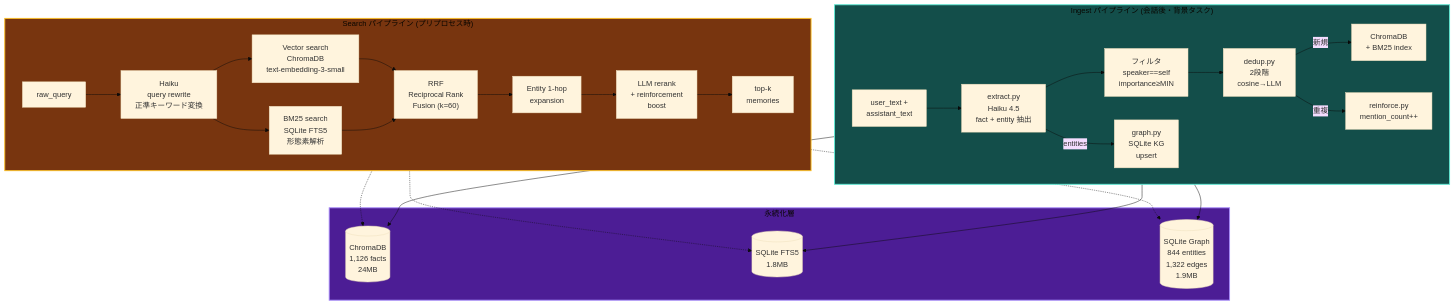
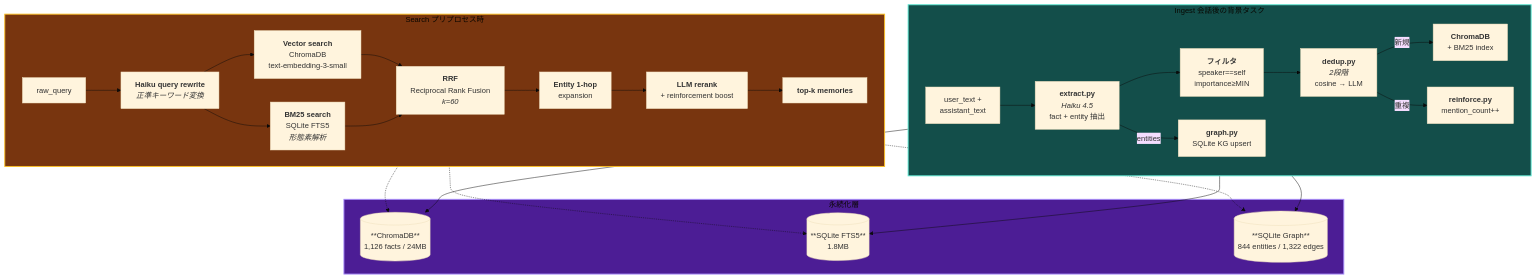
The fifth of 6 diagrams in content/products/discord-bot.md (haroin57/haroin57.com), drawn with Mermaid (base theme) before and after one commit. The commit also changed other lines of this file, not shown here.

First line of the commit message:
fix: Mermaid図の改行修正・Markdown装飾・見出し短縮

````diff
--- a/content/products/discord-bot.md
+++ b/content/products/discord-bot.md
@@ -724,54 +760,76 @@
 ```mermaid
 flowchart TB
-    subgraph Ingest["Ingest パイプライン (会話後・背景タスク)"]
+    subgraph Ingest["Ingest 会話後の背景タスク"]
         direction LR
-        INPUT["user_text +\nassistant_text"]
-        EXTRACT["extract.py\nHaiku 4.5\nfact + entity 抽出"]
-        FILTER["フィルタ\nspeaker==self\nimportance≥MIN"]
-        DEDUP["dedup.py\n2段階\ncosine→LLM"]
+        INPUT["`user_text +
+        assistant_text`"]
+        EXTRACT["`**extract.py**
+        *Haiku 4.5*
+        fact + entity 抽出`"]
+        FILTER["`**フィルタ**
+        speaker==self
+        importance≥MIN`"]
+        DEDUP["`**dedup.py**
+        *2段階*
+        cosine → LLM`"]
         
         INPUT --> EXTRACT --> FILTER --> DEDUP
         
-        DEDUP -->|新規| STORE["ChromaDB\n+ BM25 index"]
-        DEDUP -->|重複| REINFORCE["reinforce.py\nmention_count++"]
-        EXTRACT -->|entities| GRAPH["graph.py\nSQLite KG\nupsert"]
+        DEDUP -->|新規| STORE["`**ChromaDB**
+        + BM25 index`"]
+        DEDUP -->|重複| REINFORCE["`**reinforce.py**
+        mention_count++`"]
+        EXTRACT -->|entities| GRAPH["`**graph.py**
+        SQLite KG upsert`"]
     end
 
-    subgraph Search["Search パイプライン (プリプロセス時)"]
+    subgraph Search["Search プリプロセス時"]
         direction LR
         QUERY["raw_query"]
-        REWRITE["Haiku\nquery rewrite\n正準キーワード変換"]
+        REWRITE["`**Haiku query rewrite**
+        *正準キーワード変換*`"]
         
-        VECTOR["Vector search\nChromaDB\ntext-embedding-3-small"]
-        BM25["BM25 search\nSQLite FTS5\n形態素解析"]
+        VECTOR["`**Vector search**
+        ChromaDB
+        text-embedding-3-small`"]
+        BM25["`**BM25 search**
+        SQLite FTS5
+        *形態素解析*`"]
         
-        RRF["RRF\nReciprocal Rank\nFusion (k=60)"]
-        EXPAND["Entity 1-hop\nexpansion"]
-        RERANK["LLM rerank\n+ reinforcement\nboost"]
-        RESULT["top-k\nmemories"]
+        RRF["`**RRF**
+        Reciprocal Rank Fusion
+        *k=60*`"]
+        EXPAND["`**Entity 1-hop**
+        expansion`"]
+        RERANK["`**LLM rerank**
+        + reinforcement boost`"]
+        RESULT["`**top-k memories**`"]
         
         QUERY --> REWRITE
         REWRITE --> VECTOR
         REWRITE --> BM25
         VECTOR --> RRF
         BM25 --> RRF
         RRF --> EXPAND --> RERANK --> RESULT
     end
 
     subgraph Storage["永続化層"]
-        CHROMA[("ChromaDB\n1,126 facts\n24MB")]
-        SQLITE_BM25[("SQLite FTS5\n1.8MB")]
-        SQLITE_GRAPH[("SQLite Graph\n844 entities\n1,322 edges\n1.9MB")]
+        CHROMA[("**ChromaDB**
+        1,126 facts / 24MB")]
+        SQLITE_BM25[("**SQLite FTS5**
+        1.8MB")]
+        SQLITE_GRAPH[("**SQLite Graph**
+        844 entities / 1,322 edges")]
     end
 
     STORE --> CHROMA
     STORE --> SQLITE_BM25
     GRAPH --> SQLITE_GRAPH
     VECTOR -.-> CHROMA
     BM25 -.-> SQLITE_BM25
     EXPAND -.-> SQLITE_GRAPH
 
     style Ingest fill:#134e4a,stroke:#5eead4,stroke-width:2px
     style Search fill:#78350f,stroke:#fbbf24,stroke-width:2px
     style Storage fill:#4c1d95,stroke:#a78bfa,stroke-width:2px
 ```
````
